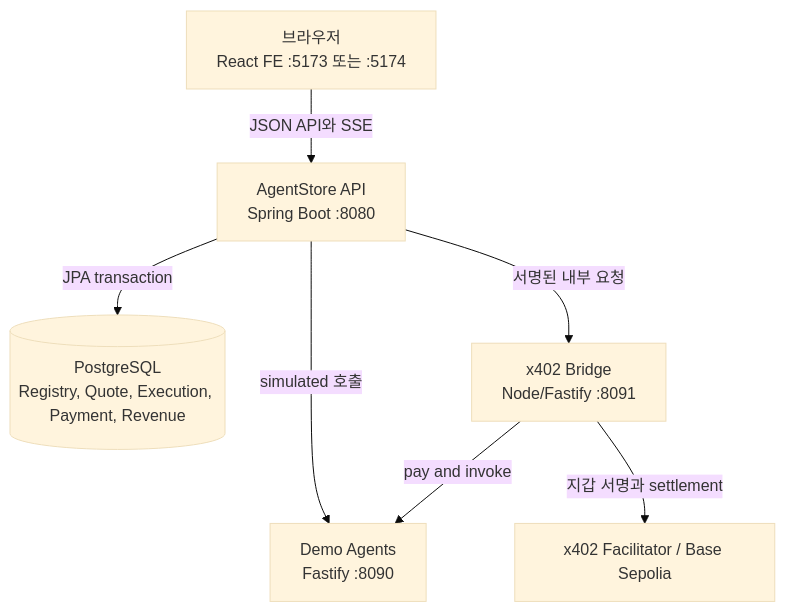
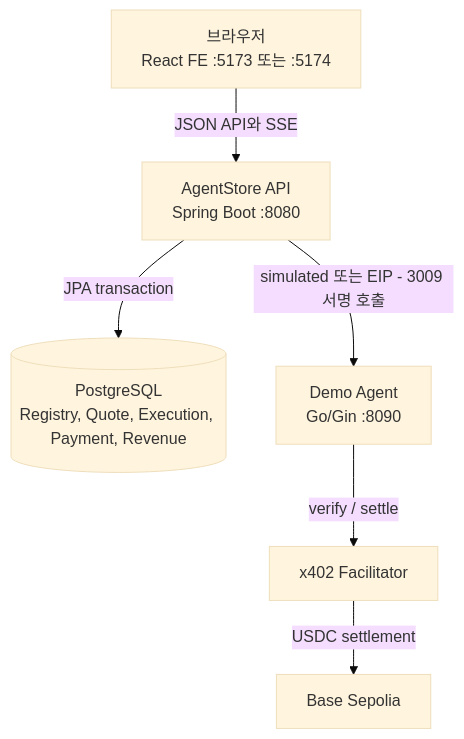
One commit to rdme0/agent-store-be changed the second of 6 diagrams in README.md. Above: the diagram before and after it, drawn with Mermaid (base theme). The commit also changed other lines of this file and 34 other files, not shown here.

Commit message:
:truck: chore: Node workspace를 Go demo-agent로 이전

````diff
--- a/README.md
+++ b/README.md
@@ -36,15 +37,14 @@
 ```mermaid
 flowchart TB
     Browser["브라우저\nReact FE :5173 또는 :5174"]
     Spring["AgentStore API\nSpring Boot :8080"]
     DB[("PostgreSQL\nRegistry, Quote, Execution, Payment, Revenue")]
-    Demo["Demo Agents\nFastify :8090"]
-    Bridge["x402 Bridge\nNode/Fastify :8091"]
-    Chain["x402 Facilitator / Base Sepolia"]
+    Demo["Demo Agent\nGo/Gin :8090"]
+    Facilitator["x402 Facilitator"]
+    Chain["Base Sepolia"]
     Browser -->|JSON API와 SSE| Spring
     Spring -->|JPA transaction| DB
-    Spring -->|simulated 호출| Demo
-    Spring -->|서명된 내부 요청| Bridge
-    Bridge -->|pay and invoke| Demo
-    Bridge -->|지갑 서명과 settlement| Chain
+    Spring -->|simulated 또는 EIP - 3009 서명 호출| Demo
+    Demo -->|verify / settle| Facilitator
+    Facilitator -->|USDC settlement| Chain
 ```
````
